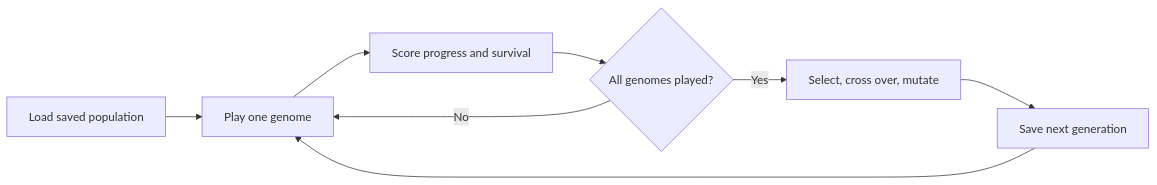
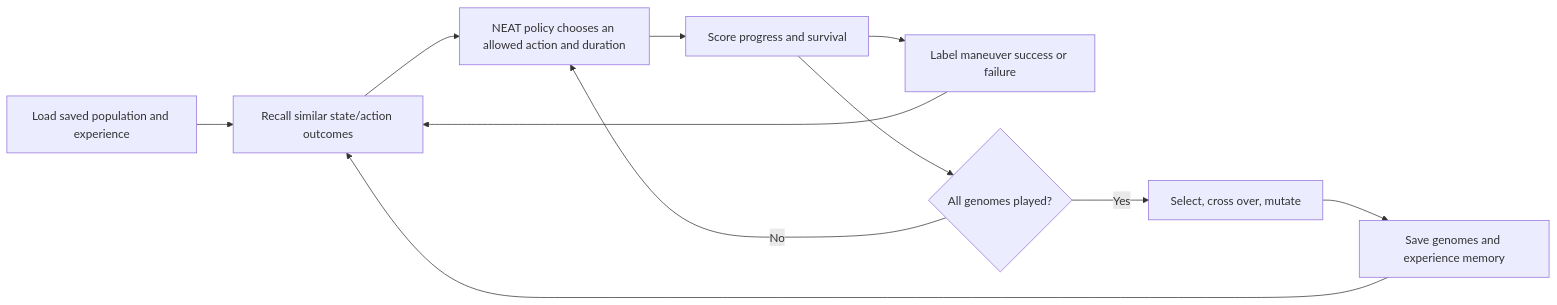
One commit to heaven-hm/mario-ai-neat changed the first of 5 diagrams in README.md. Above: the diagram before and after it, drawn with Mermaid. The commit also changed other lines of this file and 3 other files, not shown here.

Commit message:
Add persistent contextual experience memory

````diff
--- a/README.md
+++ b/README.md
@@ -70,10 +74,13 @@
 ```mermaid
 flowchart LR
-    Load["Load saved population"] --> Play["Play one genome"]
+    Load["Load saved population and experience"] --> Recall["Recall similar state/action outcomes"]
+    Recall --> Play["NEAT policy chooses an allowed action and duration"]
     Play --> Score["Score progress and survival"]
+    Score --> Memory["Label maneuver success or failure"]
+    Memory --> Recall
     Score --> All{"All genomes played?"}
     All -->|"No"| Play
     All -->|"Yes"| Evolve["Select, cross over, mutate"]
-    Evolve --> Save["Save next generation"]
-    Save --> Play
+    Evolve --> Save["Save genomes and experience memory"]
+    Save --> Recall
 ```
````
